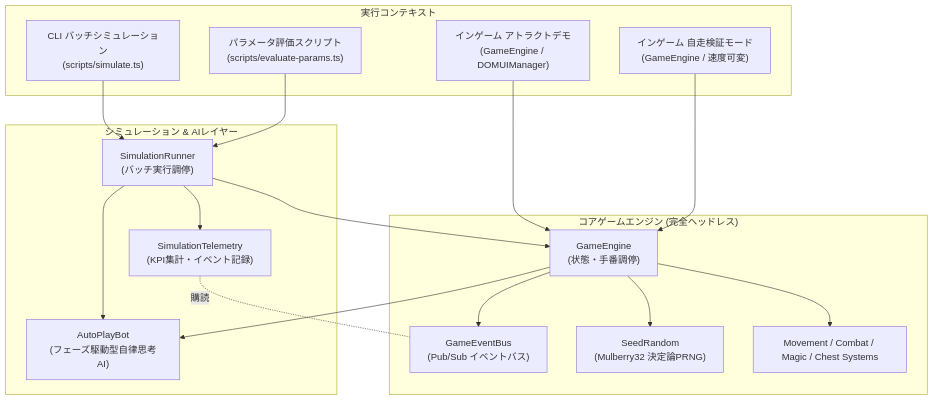
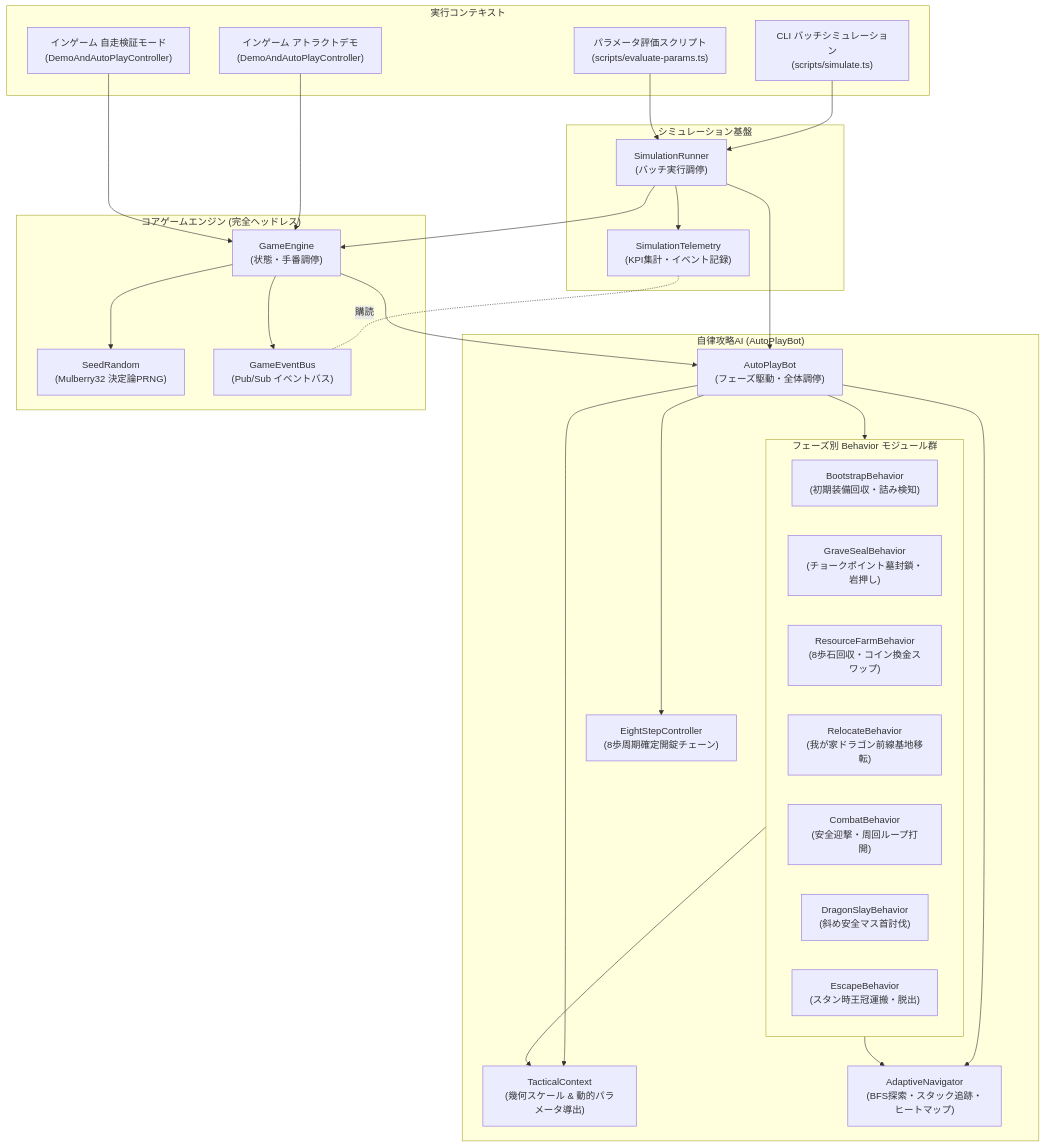
One commit to e3sh/ds1 changed the first of 3 diagrams in docs/autoplay_and_simulation_spec.md. Above: the diagram before and after it, drawn with Mermaid. The commit also changed other lines of this file and 54 other files, not shown here.

Commit message:
Refactor AutoPlayBot: Promote v2 to primary AI, clean up legacy v1 files and update documentation

````diff
--- a/docs/autoplay_and_simulation_spec.md
+++ b/docs/autoplay_and_simulation_spec.md
@@ -20,37 +22,58 @@
 ```mermaid
 graph TD
     subgraph Execution_Contexts ["実行コンテキスト"]
         CLI["CLI バッチシミュレーション<br>(scripts/simulate.ts)"]
         PARAM["パラメータ評価スクリプト<br>(scripts/evaluate-params.ts)"]
-        DEMO["インゲーム アトラクトデモ<br>(GameEngine / DOMUIManager)"]
-        VERIFY["インゲーム 自走検証モード<br>(GameEngine / 速度可変)"]
+        DEMO["インゲーム アトラクトデモ<br>(DemoAndAutoPlayController)"]
+        VERIFY["インゲーム 自走検証モード<br>(DemoAndAutoPlayController)"]
     end
 
-    subgraph Simulation_Layer ["シミュレーション & AIレイヤー"]
+    subgraph AI_Core ["自律攻略AI (AutoPlayBot)"]
+        Bot["AutoPlayBot<br>(フェーズ駆動・全体調停)"]
+        Context["TacticalContext<br>(幾何スケール & 動的パラメータ導出)"]
+        Nav["AdaptiveNavigator<br>(BFS探索・スタック追跡・ヒートマップ)"]
+        EightStep["EightStepController<br>(8歩周期確定開錠チェーン)"]
+
+        subgraph Behaviors ["フェーズ別 Behavior モジュール群"]
+            B_Boot["BootstrapBehavior<br>(初期装備回収・詰み検知)"]
+            B_Grave["GraveSealBehavior<br>(チョークポイント墓封鎖・岩押し)"]
+            B_Farm["ResourceFarmBehavior<br>(8歩石回収・コイン換金スワップ)"]
+            B_Reloc["RelocateBehavior<br>(我が家ドラゴン前線基地移転)"]
+            B_Combat["CombatBehavior<br>(安全迎撃・周回ループ打開)"]
+            B_Slay["DragonSlayBehavior<br>(斜め安全マス首討伐)"]
+            B_Escape["EscapeBehavior<br>(スタン時王冠運搬・脱出)"]
+        end
+
+        Bot --> Context
+        Bot --> Nav
+        Bot --> EightStep
+        Bot --> Behaviors
+        Behaviors --> Nav
+        Behaviors --> Context
+    end
+
+    subgraph Simulation_Layer ["シミュレーション基盤"]
         Runner["SimulationRunner<br>(バッチ実行調停)"]
         Telemetry["SimulationTelemetry<br>(KPI集計・イベント記録)"]
-        Bot["AutoPlayBot<br>(フェーズ駆動型自律思考AI)"]
     end
 
     subgraph Core_Engine ["コアゲームエンジン (完全ヘッドレス)"]
         Engine["GameEngine<br>(状態・手番調停)"]
         RNG["SeedRandom<br>(Mulberry32 決定論PRNG)"]
         Bus["GameEventBus<br>(Pub/Sub イベントバス)"]
-        Systems["Movement / Combat / Magic / Chest Systems"]
     end
 
     CLI --> Runner
     PARAM --> Runner
     Runner --> Bot
     Runner --> Telemetry
     Runner --> Engine
 
     DEMO --> Engine
     VERIFY --> Engine
     Engine --> Bot
 
     Telemetry -.購読.- Bus
     Engine --> Bus
     Engine --> RNG
-    Engine --> Systems
 ```
````
